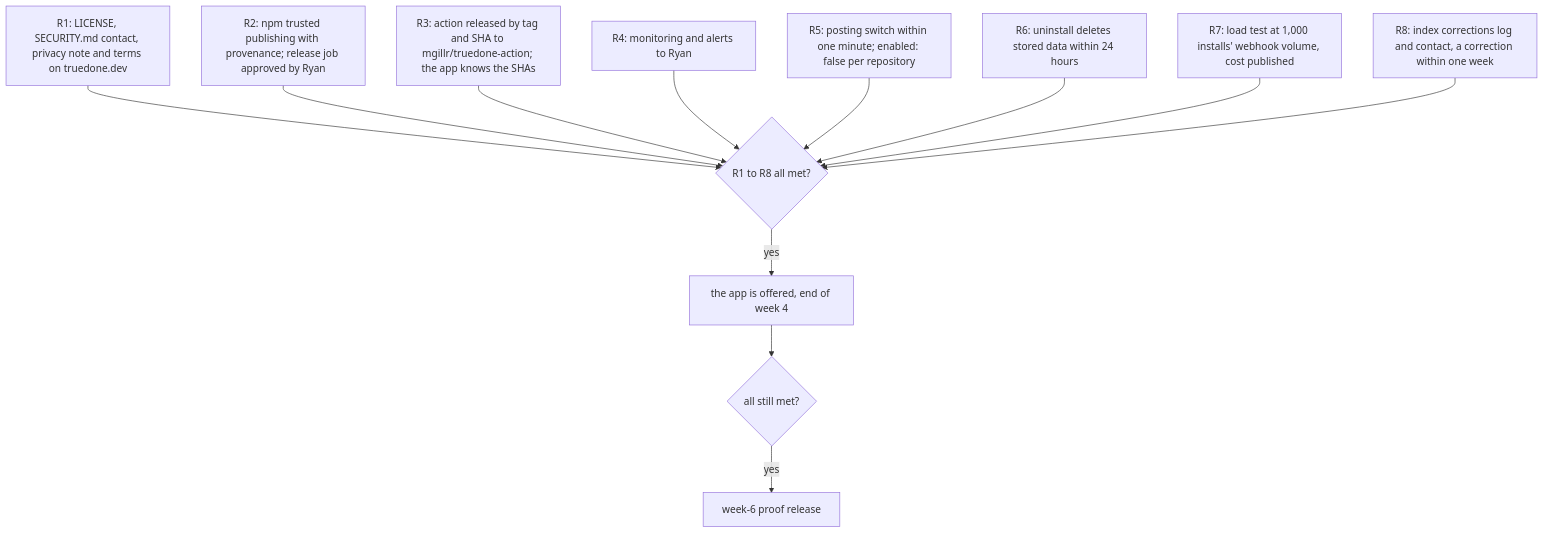
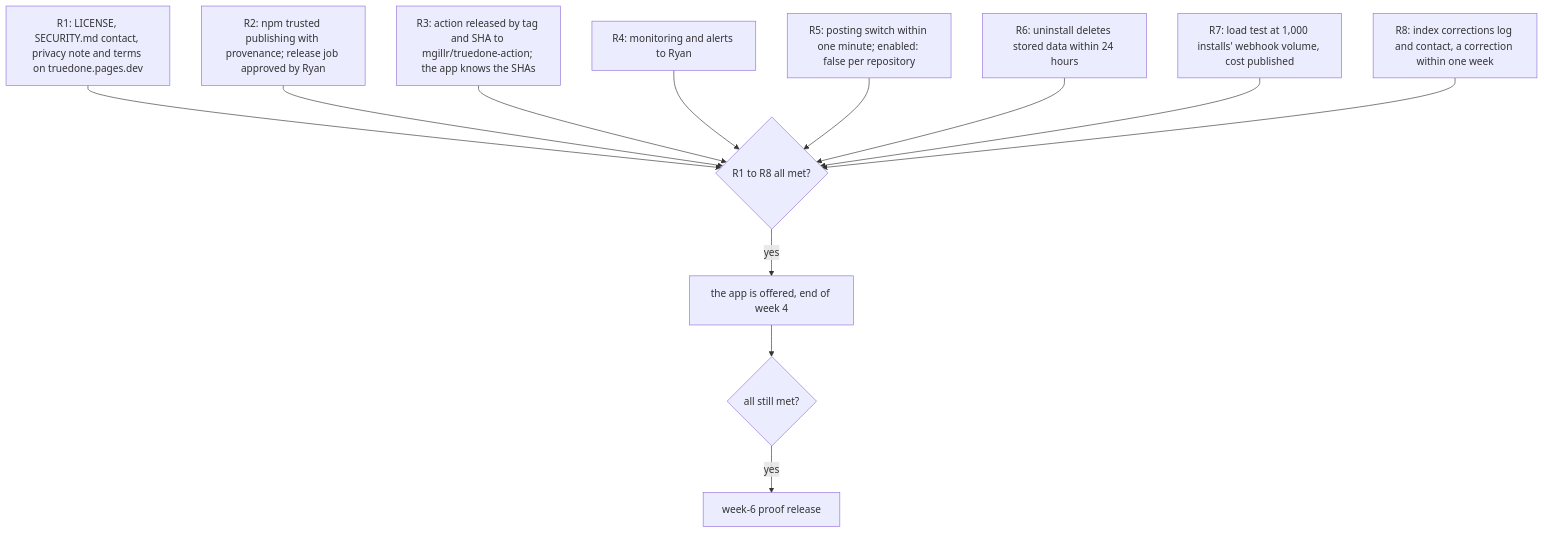
One commit to Truedone/truedone changed the first of 2 diagrams in docs/design/06-release-requirements.md. Above: the diagram before and after it, drawn with Mermaid. The commit also changed other lines of this file and 10 other files, not shown here.

````diff
--- a/docs/design/06-release-requirements.md
+++ b/docs/design/06-release-requirements.md
@@ -18,14 +18,14 @@
 ```mermaid
 flowchart TD
-  R1["R1: LICENSE, SECURITY.md contact, privacy note and terms on truedone.dev"] --> ALL{"R1 to R8 all met?"}
+  R1["R1: LICENSE, SECURITY.md contact, privacy note and terms on truedone.pages.dev"] --> ALL{"R1 to R8 all met?"}
   R2["R2: npm trusted publishing with provenance; release job approved by Ryan"] --> ALL
   R3["R3: action released by tag and SHA to mgillr/truedone-action; the app knows the SHAs"] --> ALL
   R4["R4: monitoring and alerts to Ryan"] --> ALL
   R5["R5: posting switch within one minute; enabled: false per repository"] --> ALL
   R6["R6: uninstall deletes stored data within 24 hours"] --> ALL
   R7["R7: load test at 1,000 installs' webhook volume, cost published"] --> ALL
   R8["R8: index corrections log and contact, a correction within one week"] --> ALL
   ALL -->|yes| OFFER["the app is offered, end of week 4"]
   OFFER --> STILL{"all still met?"}
   STILL -->|yes| W6["week-6 proof release"]
 ```
````
